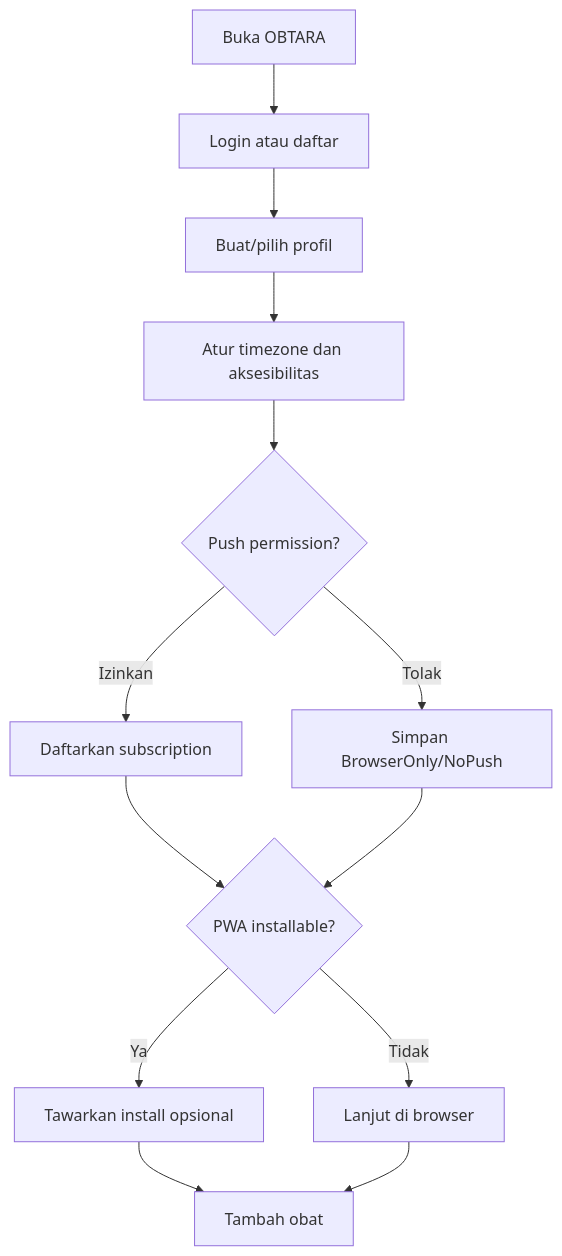
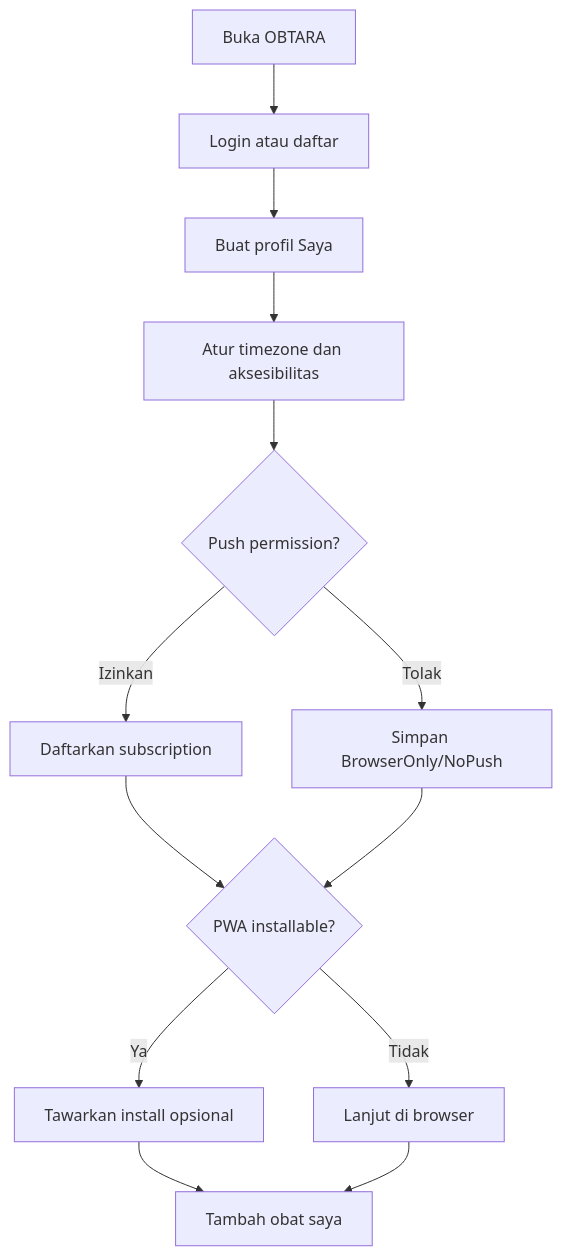
The fifth of 13 diagrams in workflow.md (Rizuki25/Obtara), drawn with Mermaid before and after one commit. The commit also changed other lines of this file and 43 other files, not shown here.

````diff
--- a/workflow.md
+++ b/workflow.md
@@ -169,15 +187,15 @@
 ```mermaid
 flowchart TD
     A["Buka OBTARA"] --> B["Login atau daftar"]
-    B --> C["Buat/pilih profil"]
+    B --> C["Buat profil Saya"]
     C --> D["Atur timezone dan aksesibilitas"]
     D --> E{"Push permission?"}
     E -- "Izinkan" --> F["Daftarkan subscription"]
     E -- "Tolak" --> G["Simpan BrowserOnly/NoPush"]
     F --> H{"PWA installable?"}
     G --> H
     H -- "Ya" --> I["Tawarkan install opsional"]
     H -- "Tidak" --> J["Lanjut di browser"]
-    I --> K["Tambah obat"]
+    I --> K["Tambah obat saya"]
     J --> K
 ```
````
